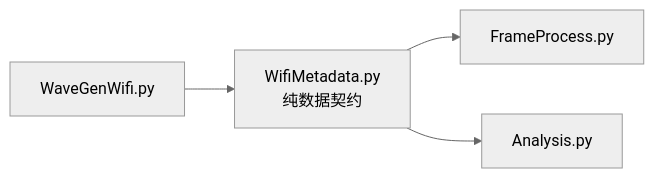
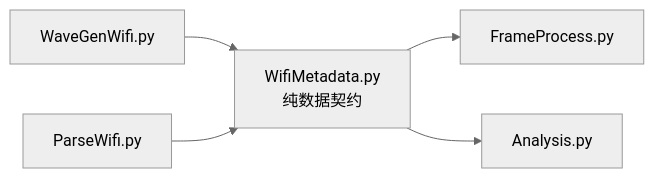
Before and after one commit to niyilu45/DPD_ILC: the diagram in doc/WifiMetadata.md, drawn with Mermaid (neutral theme). The commit also changed other lines of this file and 11 other files, not shown here.

````diff
--- a/doc/WifiMetadata.md
+++ b/doc/WifiMetadata.md
@@ -9,7 +9,8 @@
 ```mermaid
 flowchart LR
     metadata["WifiMetadata.py<br/>纯数据契约"]
     generator["WaveGenWifi.py"] --> metadata
+    parser["ParseWifi.py"] --> metadata
     metadata --> frame["FrameProcess.py"]
     metadata --> analysis["Analysis.py"]
 ```
````
